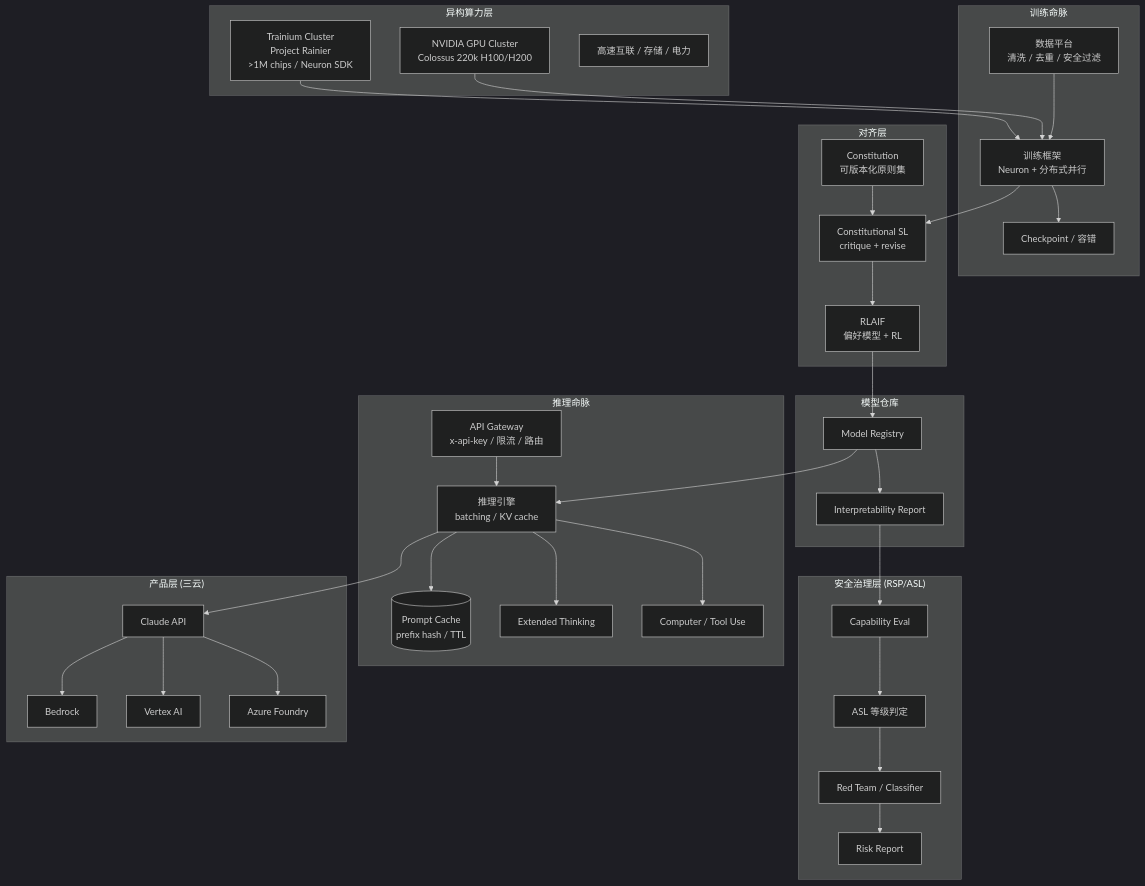
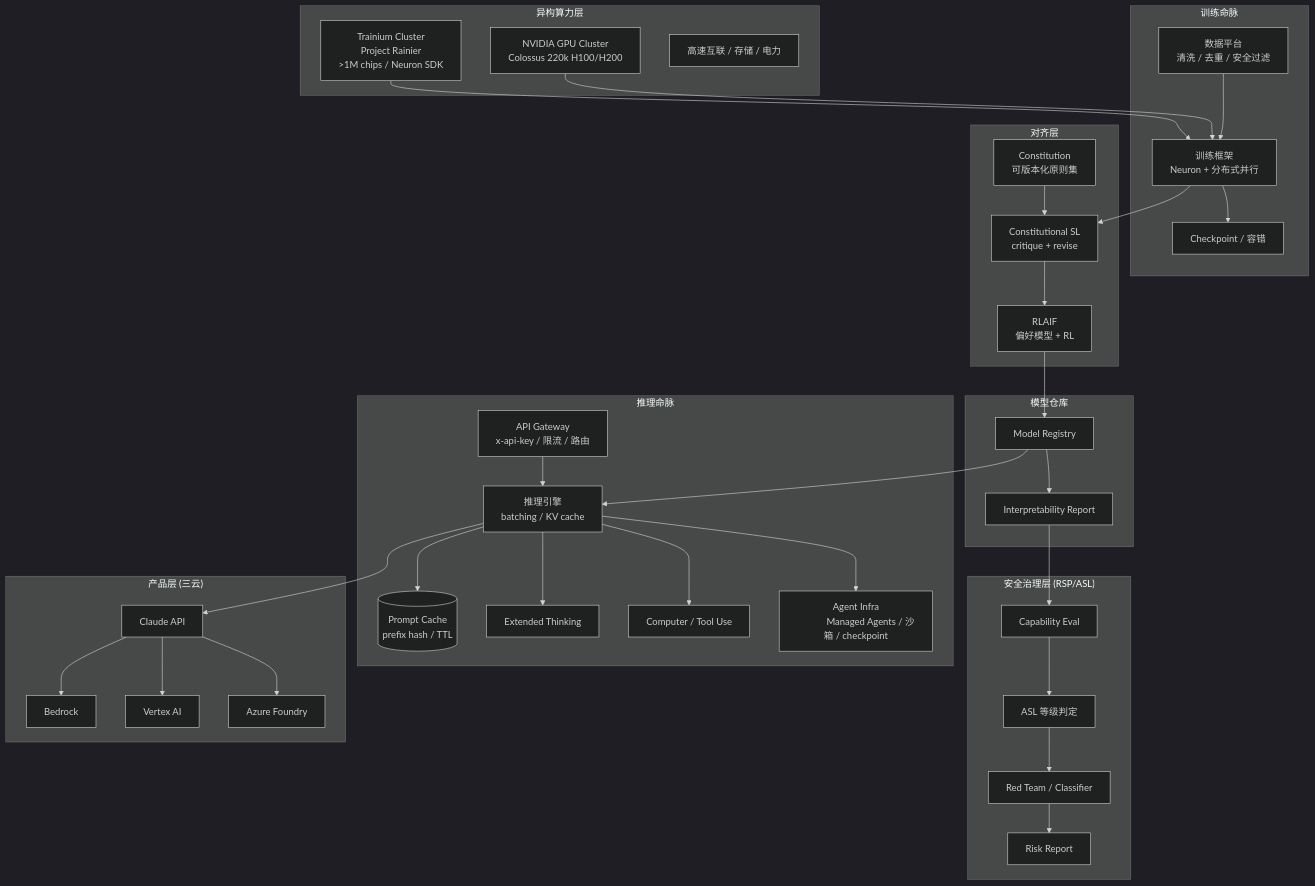
One commit to cypggs/AI_Infra_Handbook changed the diagram in docs/09-case-study/anthropic/03-architecture.md. Above: the diagram before and after it, drawn with Mermaid (dark theme). The commit also changed other lines of this file and 11 other files, not shown here.

```diff
--- a/docs/09-case-study/anthropic/03-architecture.md
+++ b/docs/09-case-study/anthropic/03-architecture.md
@@ -46,6 +46,8 @@
             prefix hash / TTL)]
         ET[Extended Thinking]
         CU[Computer / Tool Use]
+        MA[Agent Infra
+            Managed Agents / 沙箱 / checkpoint]
     end
 
     subgraph Governance["安全治理层 (RSP/ASL)"]
@@ -80,6 +82,7 @@
     ENG --> PC
     ENG --> ET
     ENG --> CU
+    ENG --> MA
     ENG --> API
     API --> BR
     API --> VT
```
